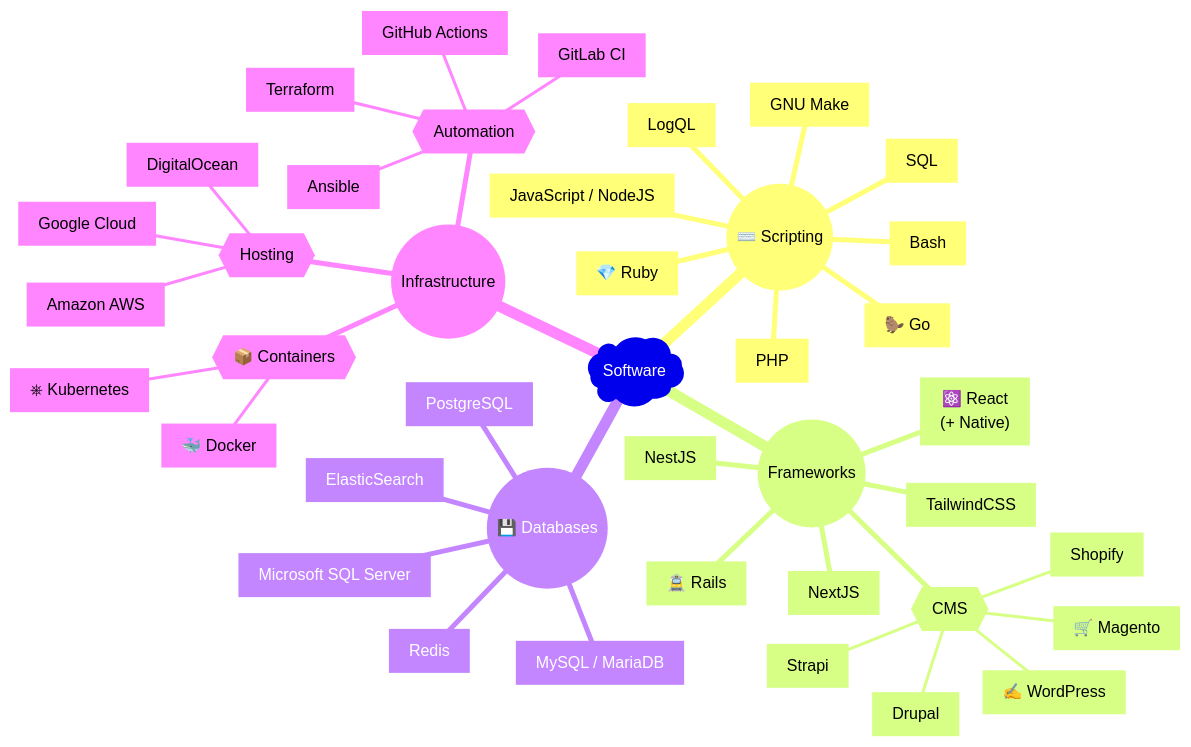
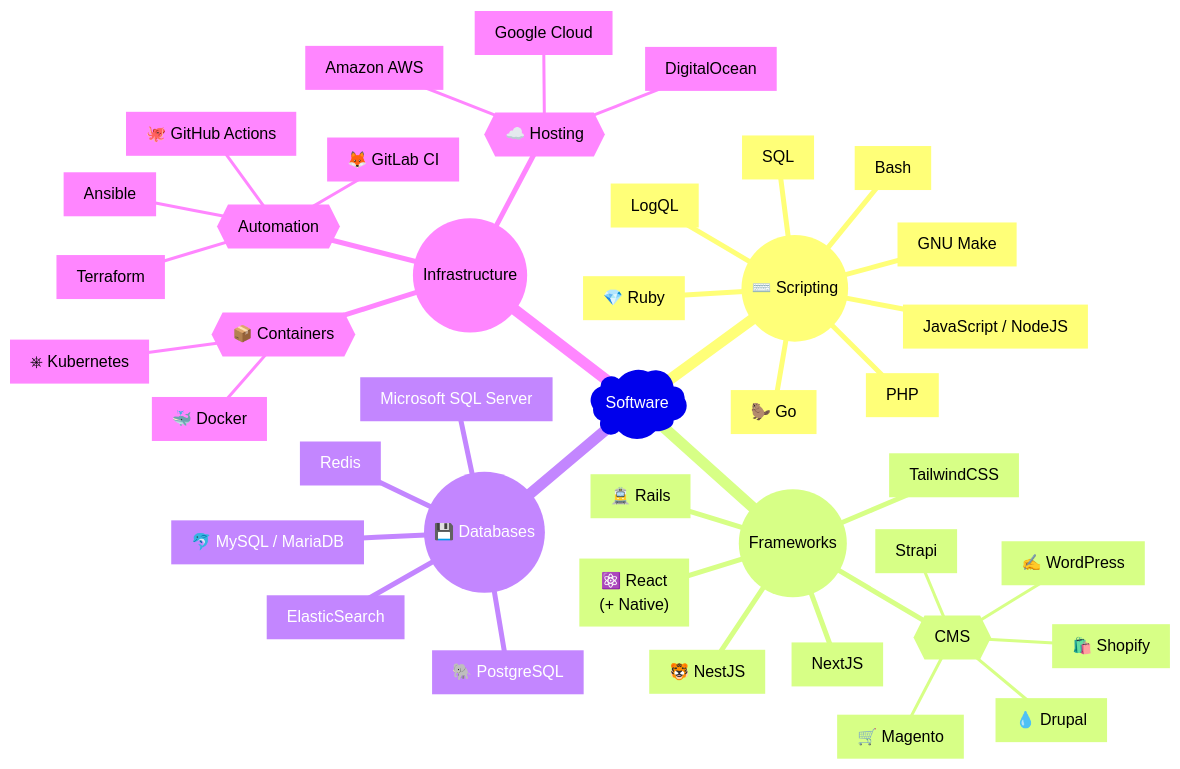
Before and after one commit to lstellway/lstellway: the diagram in README.md, drawn with Mermaid.

````diff
--- a/README.md
+++ b/README.md
@@ -18,44 +18,44 @@
 ```mermaid
 mindmap
   root)Software(
     script((⌨️ Scripting))
       [🦫 Go]
       [💎 Ruby]
       [Bash]
       [PHP]
       [GNU Make]
       [SQL]
       [LogQL]
       ["JavaScript / NodeJS"]
     ((Frameworks))
       [NextJS]
       [TailwindCSS]
-      [NestJS]
+      [🐯 NestJS]
       [🚊 Rails]
       ["⚛️ React<br />(+ Native)"]
       {{CMS}}
         [✍️ WordPress]
         [🛒 Magento]
         [Strapi]
-        [Drupal]
-        [Shopify]
+        [💧 Drupal]
+        [🛍️ Shopify]
     ((💾 Databases))
-      [MySQL / MariaDB]
-      [PostgreSQL]
+      [🐬 MySQL / MariaDB]
+      [🐘 PostgreSQL]
       [Microsoft SQL Server]
       [Redis]
       [ElasticSearch]
     ((Infrastructure))
       {{📦 Containers}}
         [🐳 Docker]
         [⎈ Kubernetes]
-      {{Hosting}}
+      {{☁️ Hosting}}
         [DigitalOcean]
         [Google Cloud]
         [Amazon AWS]
       {{Automation}}
-        [GitHub Actions]
-        [GitLab CI]
+        [🐙 GitHub Actions]
+        [🦊 GitLab CI]
         [Terraform]
         [Ansible]
 ```
````
